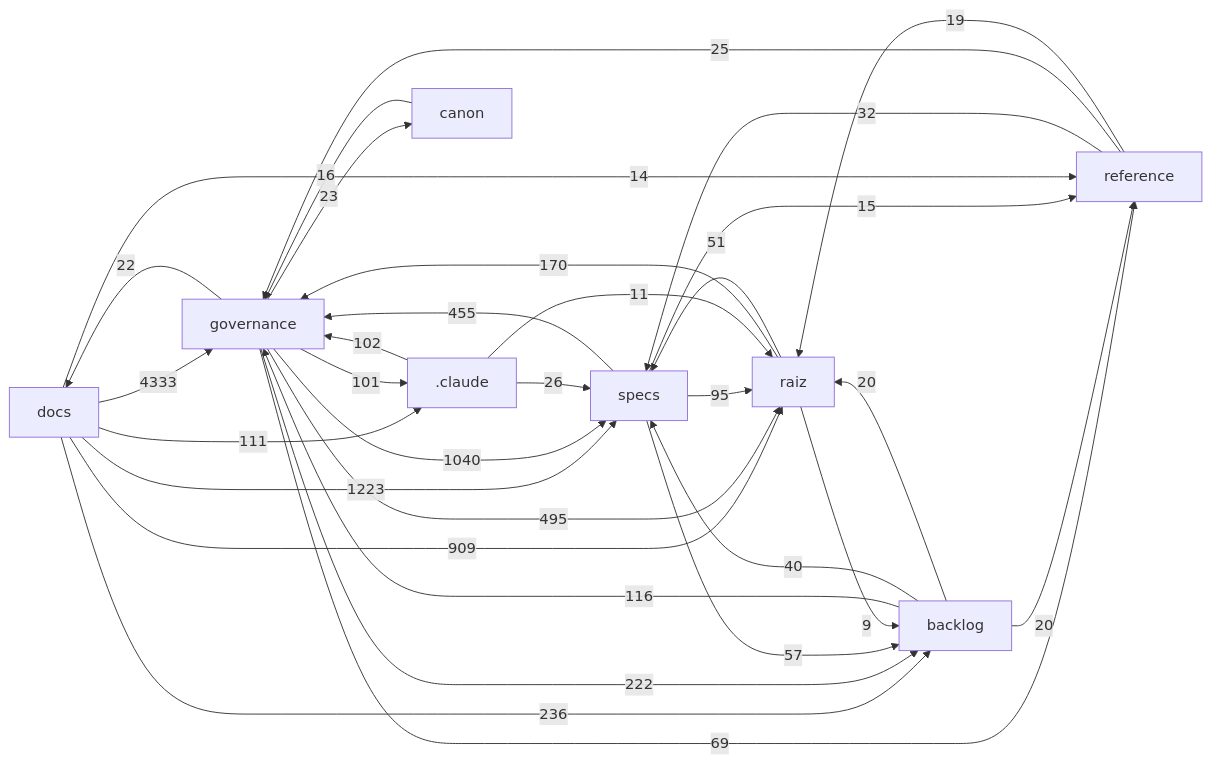
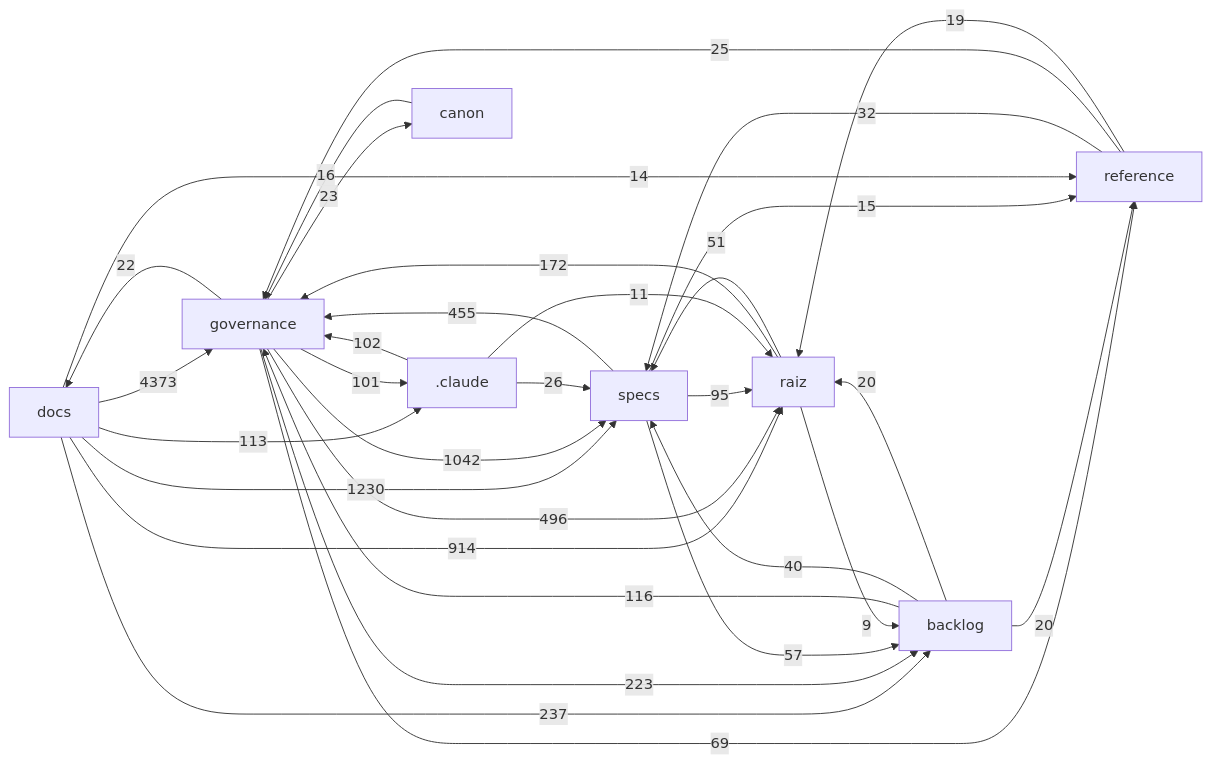
Before and after one commit to Andraus35/Sistema-Operacional-de-Trading--SOT: the diagram in docs/mapa/MAPA-PROJETO.md, drawn with Mermaid. The commit also changed other lines of this file and 5 other files, not shown here.

First line of the commit message:
ROADMAP: erratum F2 da SPEC-020 registrado como pendente (ordem de Andraus); ata DHR-SPEC020-003; HANDOFF HO-153

````diff
--- a/docs/mapa/MAPA-PROJETO.md
+++ b/docs/mapa/MAPA-PROJETO.md
@@ -29,34 +29,34 @@
 ```mermaid
 flowchart LR
-  docs["docs"] -->|4333| governance["governance"]
-  docs["docs"] -->|1223| specs["specs"]
-  governance["governance"] -->|1040| specs["specs"]
-  docs["docs"] -->|909| raiz["raiz"]
-  governance["governance"] -->|495| raiz["raiz"]
+  docs["docs"] -->|4373| governance["governance"]
+  docs["docs"] -->|1230| specs["specs"]
+  governance["governance"] -->|1042| specs["specs"]
+  docs["docs"] -->|914| raiz["raiz"]
+  governance["governance"] -->|496| raiz["raiz"]
   specs["specs"] -->|455| governance["governance"]
-  docs["docs"] -->|236| backlog["backlog"]
-  governance["governance"] -->|222| backlog["backlog"]
-  raiz["raiz"] -->|170| governance["governance"]
+  docs["docs"] -->|237| backlog["backlog"]
+  governance["governance"] -->|223| backlog["backlog"]
+  raiz["raiz"] -->|172| governance["governance"]
   backlog["backlog"] -->|116| governance["governance"]
-  docs["docs"] -->|111| _claude[".claude"]
+  docs["docs"] -->|113| _claude[".claude"]
   _claude[".claude"] -->|102| governance["governance"]
   governance["governance"] -->|101| _claude[".claude"]
   specs["specs"] -->|95| raiz["raiz"]
   governance["governance"] -->|69| reference["reference"]
   specs["specs"] -->|57| backlog["backlog"]
   raiz["raiz"] -->|51| specs["specs"]
   backlog["backlog"] -->|40| specs["specs"]
   reference["reference"] -->|32| specs["specs"]
   _claude[".claude"] -->|26| specs["specs"]
   reference["reference"] -->|25| governance["governance"]
   governance["governance"] -->|23| canon["canon"]
   governance["governance"] -->|22| docs["docs"]
   backlog["backlog"] -->|20| raiz["raiz"]
   backlog["backlog"] -->|20| reference["reference"]
   reference["reference"] -->|19| raiz["raiz"]
   canon["canon"] -->|16| governance["governance"]
   specs["specs"] -->|15| reference["reference"]
   docs["docs"] -->|14| reference["reference"]
   _claude[".claude"] -->|11| raiz["raiz"]
   raiz["raiz"] -->|9| backlog["backlog"]
 ```
````
